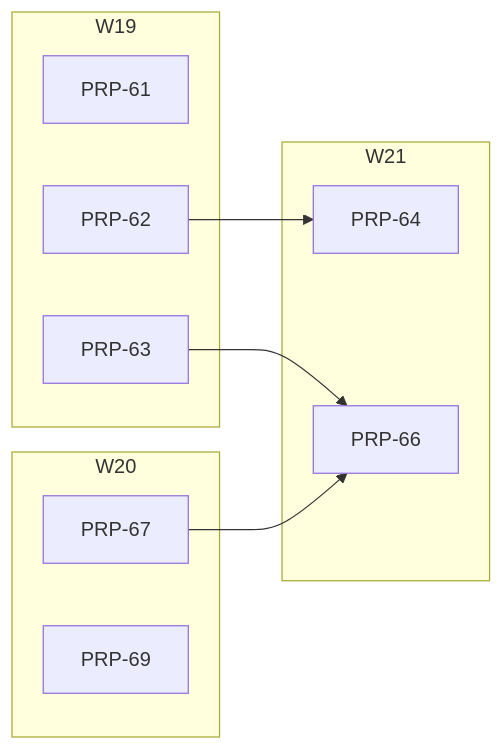
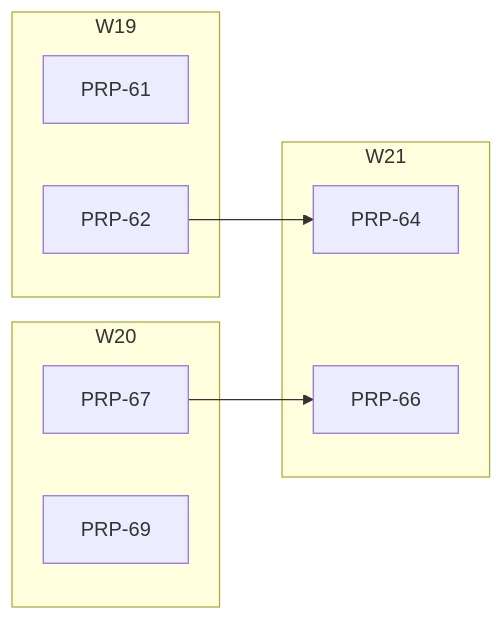
One commit to fgarofalo56/neurosphere changed the diagram in PRPs/EXECUTION-PLAN.md. Above: the diagram before and after it, drawn with Mermaid. The commit also changed other lines of this file and 4 other files, not shown here.

````diff
--- a/PRPs/EXECUTION-PLAN.md
+++ b/PRPs/EXECUTION-PLAN.md
@@ -85,19 +84,17 @@
 ```mermaid
 flowchart LR
   subgraph W19
     P61["PRP-61"]
     P62["PRP-62"]
-    P63["PRP-63"]
   end
   subgraph W20
     P67["PRP-67"]
     P69["PRP-69"]
   end
   subgraph W21
     P64["PRP-64"]
     P66["PRP-66"]
   end
   P62 --> P64
-  P63 --> P66
   P67 --> P66
 ```
````
